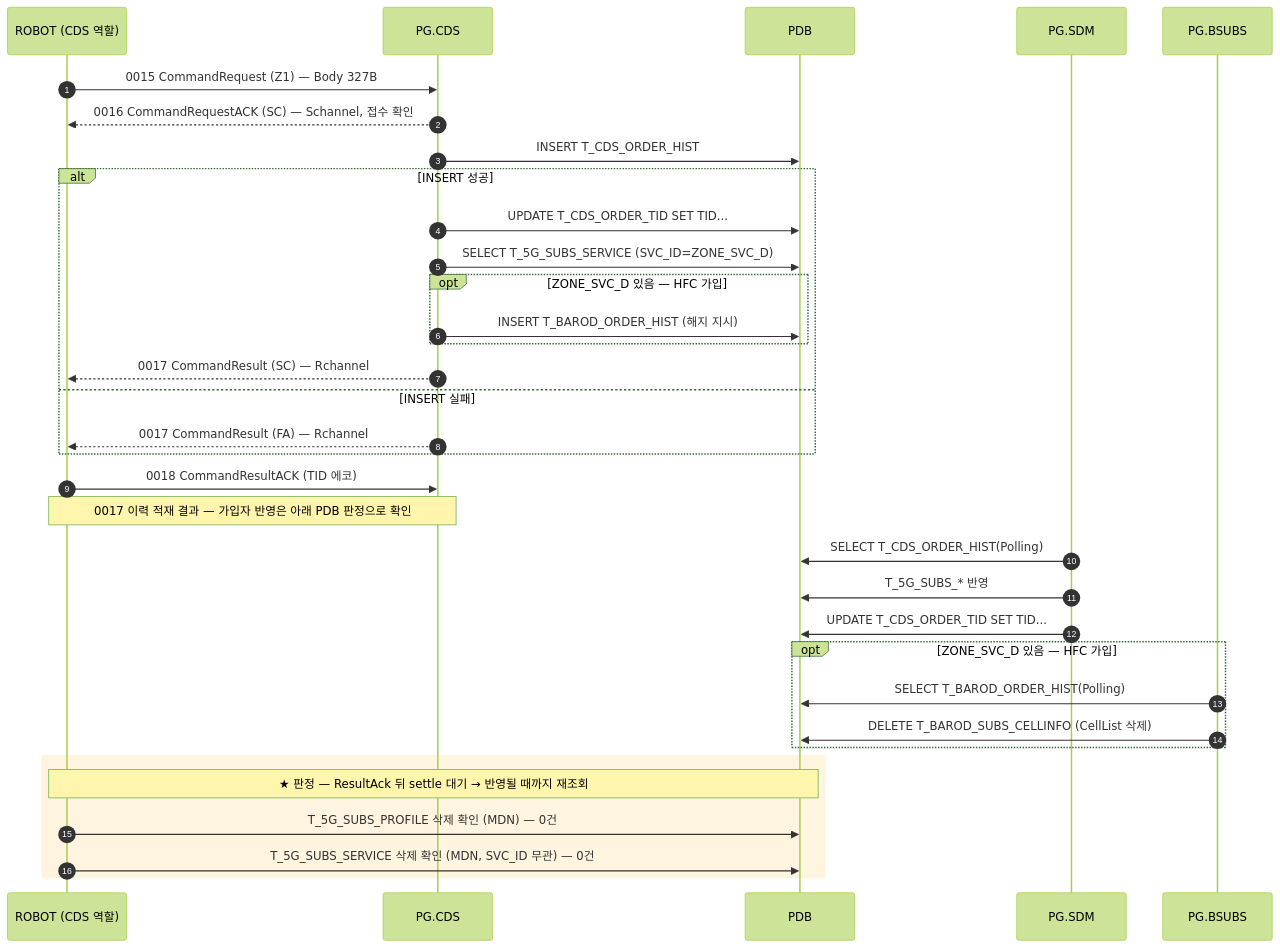
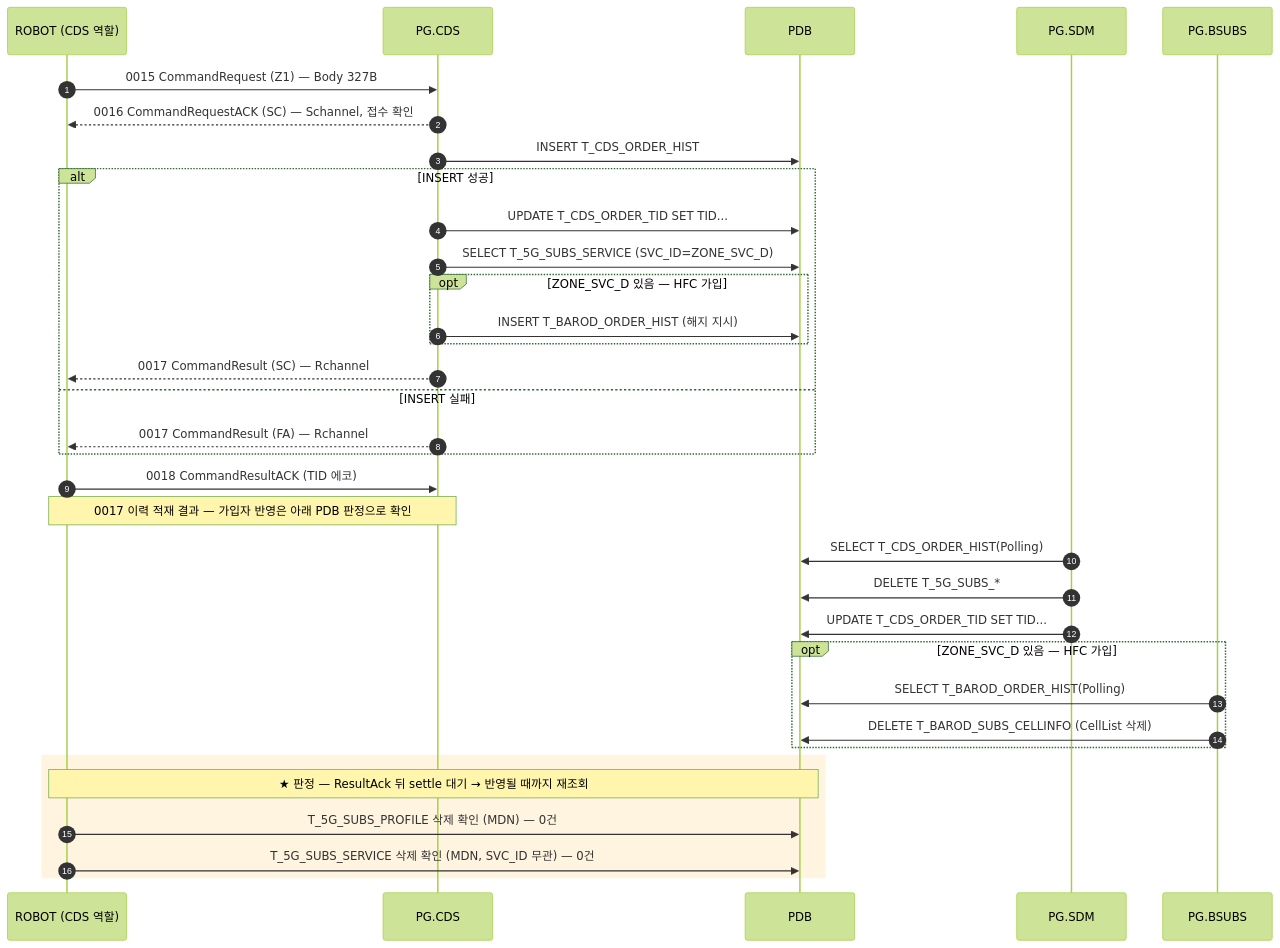
Before and after one commit to IanKim2030/tc4robot: the diagram in docs/callflow/CDS_Z1.md, drawn with Mermaid (forest theme).

Commit message:
docs : Z1 수정

````diff
--- a/docs/callflow/CDS_Z1.md
+++ b/docs/callflow/CDS_Z1.md
@@ -17,38 +17,38 @@
 ```mermaid
 sequenceDiagram
     autonumber
     participant TOOL as ROBOT (CDS 역할)
     participant PCDS as PG.CDS
     participant PDB as PDB
     participant SDM as PG.SDM
     participant BSUBS as PG.BSUBS
 
     TOOL->>PCDS: 0015 CommandRequest (Z1) — Body 327B
     PCDS-->>TOOL: 0016 CommandRequestACK (SC) — Schannel, 접수 확인
     PCDS->>PDB: INSERT T_CDS_ORDER_HIST
     alt INSERT 성공
         PCDS->>PDB: UPDATE T_CDS_ORDER_TID SET TID...
         PCDS->>PDB: SELECT T_5G_SUBS_SERVICE (SVC_ID=ZONE_SVC_D)
         opt ZONE_SVC_D 있음 — HFC 가입
             PCDS->>PDB: INSERT T_BAROD_ORDER_HIST (해지 지시)
         end
         PCDS-->>TOOL: 0017 CommandResult (SC) — Rchannel
     else INSERT 실패
         PCDS-->>TOOL: 0017 CommandResult (FA) — Rchannel
     end
     TOOL->>PCDS: 0018 CommandResultACK (TID 에코)
     Note over TOOL,PCDS: 0017 이력 적재 결과 — 가입자 반영은 아래 PDB 판정으로 확인
 
     SDM->>PDB: SELECT T_CDS_ORDER_HIST(Polling)
-    SDM->>PDB: T_5G_SUBS_* 반영
+    SDM->>PDB: DELETE T_5G_SUBS_*
     SDM->>PDB: UPDATE T_CDS_ORDER_TID SET TID...
     opt ZONE_SVC_D 있음 — HFC 가입
         BSUBS->>PDB: SELECT T_BAROD_ORDER_HIST(Polling)
         BSUBS->>PDB: DELETE T_BAROD_SUBS_CELLINFO (CellList 삭제)
     end
     rect rgba(255, 176, 32, 0.14)
     Note over TOOL,PDB: ★ 판정 — ResultAck 뒤 settle 대기 → 반영될 때까지 재조회
         TOOL->>PDB: T_5G_SUBS_PROFILE 삭제 확인 (MDN) — 0건
         TOOL->>PDB: T_5G_SUBS_SERVICE 삭제 확인 (MDN, SVC_ID 무관) — 0건
     end
 ```
````
